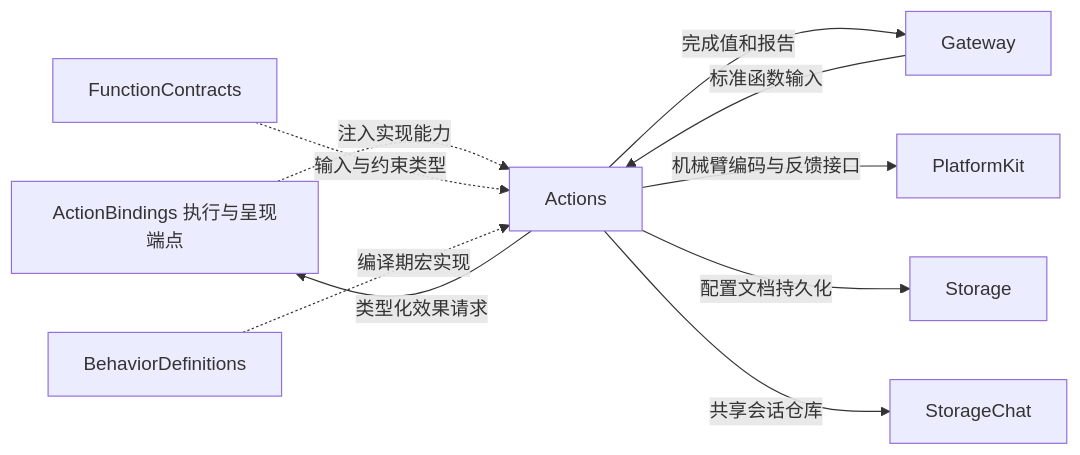
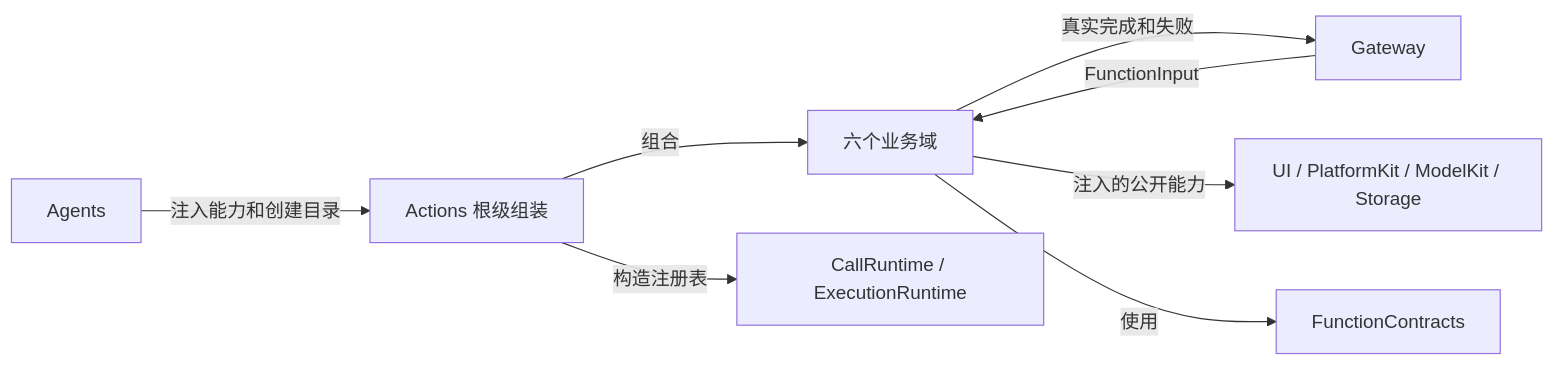
Before and after one commit to devilyouwei/MobileHarness: the diagram in MobileHarness/Actions/README.md, drawn with Mermaid. The commit also changed other lines of this file and 483 other files, not shown here.

First line of the commit message:
Refactor direct container inputs and organize Actions and Agents

````diff
--- a/MobileHarness/Actions/README.md
+++ b/MobileHarness/Actions/README.md
@@ -17,12 +31,10 @@
 ```mermaid
 flowchart LR
-    Host[ActionBindings 执行与呈现端点] -.->|注入实现能力| A[Actions]
-    A -->|类型化效果请求| Host
-    Gateway -->|标准函数输入| A
-    A -->|完成值和报告| Gateway
-    A -->|机械臂编码与反馈接口| PlatformKit
-    A -->|配置文档持久化| Storage
-    A -->|共享会话仓库| StorageChat
-    Contracts[FunctionContracts] -.->|输入与约束类型| A
-    Macros[BehaviorDefinitions] -.->|编译期宏实现| A
+    Agents -->|注入能力和创建目录| Assembly[Actions 根级组装]
+    Assembly -->|组合| Domains[六个业务域]
+    Gateway -->|FunctionInput| Domains
+    Domains -->|真实完成和失败| Gateway
+    Domains -->|注入的公开能力| Foundations[UI / PlatformKit / ModelKit / Storage]
+    Domains -->|使用| Contracts[FunctionContracts]
+    Assembly -->|构造注册表| Registries[CallRuntime / ExecutionRuntime]
 ```
````
